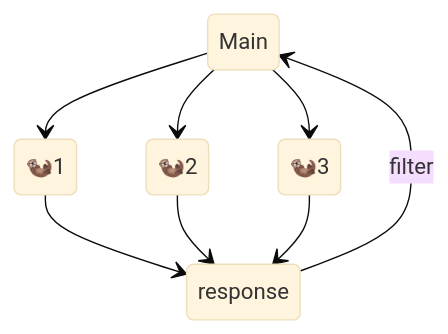
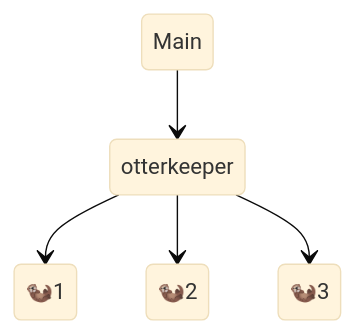
Before and after one commit to jmbuhr/otter.nvim: the first of 2 diagrams in README.md, drawn with Mermaid (base theme). The commit also changed other lines of this file and 17 other files, not shown here.

````diff
--- a/README.md
+++ b/README.md
@@ -60,10 +73,7 @@
-```mermaid
+```{mermaid}
 stateDiagram-v2
-    Main --> 🦦1
-    Main --> 🦦2
-    Main --> 🦦3
-    🦦1 --> response
-    🦦2 --> response
-    🦦3 --> response
-    response --> Main: filter
+Main --> otterkeeper
+otterkeeper --> 🦦1
+otterkeeper --> 🦦2
+otterkeeper --> 🦦3
 ```
````
